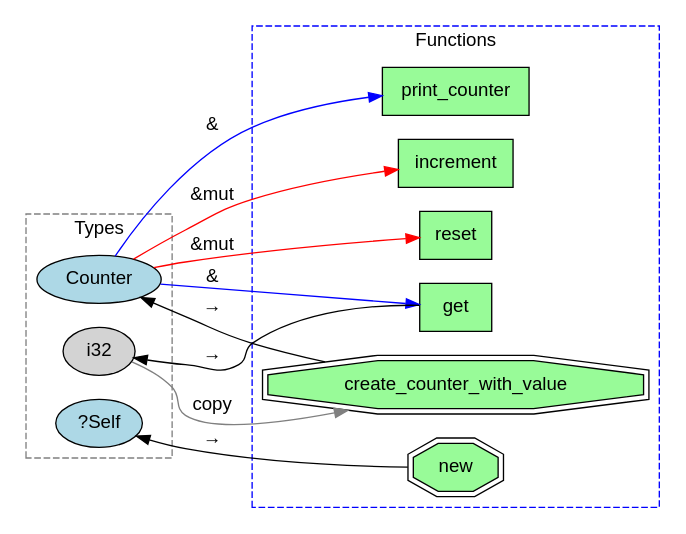
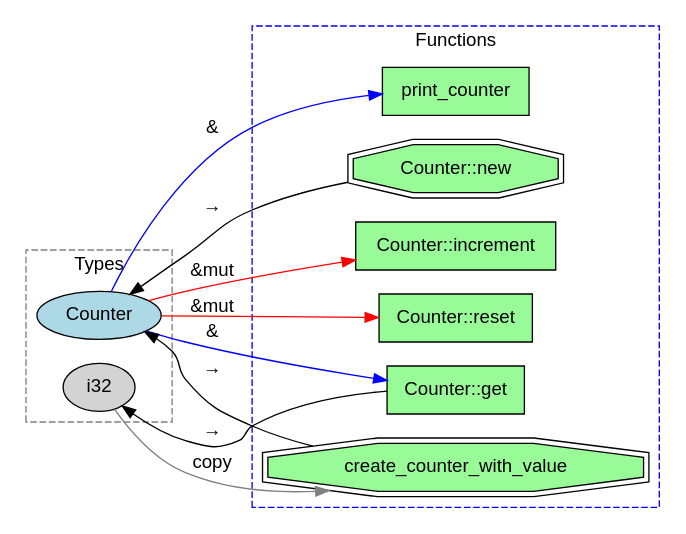
The diagram in apigraph.dot (kevindadi/RustSynth), drawn with Graphviz before and after one commit. The commit also changed 15 other files, not shown here.

First line of the commit message:
Refactor API graph and PCPN representation for improved clarity and functionality

```diff
--- a/apigraph.dot
+++ b/apigraph.dot
@@ -1,39 +1,38 @@
 digraph ApiGraph {
   rankdir=LR;
   fontname="Helvetica";
   node [fontname="Helvetica"];
   edge [fontname="Helvetica"];
 
   // Type nodes (椭圆)
   subgraph cluster_types {
     label="Types";
     style=dashed;
     color=gray;
     T0 [label="Counter", shape=ellipse, style=filled, fillcolor=lightblue];
     T1 [label="i32", shape=ellipse, style=filled, fillcolor=lightgray];
-    T2 [label="?Self", shape=ellipse, style=filled, fillcolor=lightblue];
   }
 
   // Function nodes (方框)
   subgraph cluster_functions {
     label="Functions";
     style=dashed;
     color=blue;
-    F0 [label="print_counter", shape=box, style=filled, fillcolor=palegreen];
-    F1 [label="create_counter_with_value", shape=doubleoctagon, style=filled, fillcolor=palegreen];
-    F2 [label="new", shape=doubleoctagon, style=filled, fillcolor=palegreen];
-    F3 [label="increment", shape=box, style=filled, fillcolor=palegreen];
-    F4 [label="get", shape=box, style=filled, fillcolor=palegreen];
-    F5 [label="reset", shape=box, style=filled, fillcolor=palegreen];
+    F0 [label="Counter::new", shape=doubleoctagon, style=filled, fillcolor=palegreen];
+    F1 [label="Counter::increment", shape=box, style=filled, fillcolor=palegreen];
+    F2 [label="Counter::get", shape=box, style=filled, fillcolor=palegreen];
+    F3 [label="Counter::reset", shape=box, style=filled, fillcolor=palegreen];
+    F4 [label="print_counter", shape=box, style=filled, fillcolor=palegreen];
+    F5 [label="create_counter_with_value", shape=doubleoctagon, style=filled, fillcolor=palegreen];
   }
 
   // Edges
-  T0 -> F0 [label="&", color=blue, style=solid];
-  T1 -> F1 [label="copy", color=gray, style=solid];
-  F1 -> T0 [label="→", color=black, style=solid];
-  F2 -> T2 [label="→", color=black, style=solid];
+  F0 -> T0 [label="→", color=black, style=solid];
+  T0 -> F1 [label="&mut", color=red, style=solid];
+  T0 -> F2 [label="&", color=blue, style=solid];
+  F2 -> T1 [label="→", color=black, style=solid];
   T0 -> F3 [label="&mut", color=red, style=solid];
   T0 -> F4 [label="&", color=blue, style=solid];
-  F4 -> T1 [label="→", color=black, style=solid];
-  T0 -> F5 [label="&mut", color=red, style=solid];
+  T1 -> F5 [label="copy", color=gray, style=solid];
+  F5 -> T0 [label="→", color=black, style=solid];
 }
```
